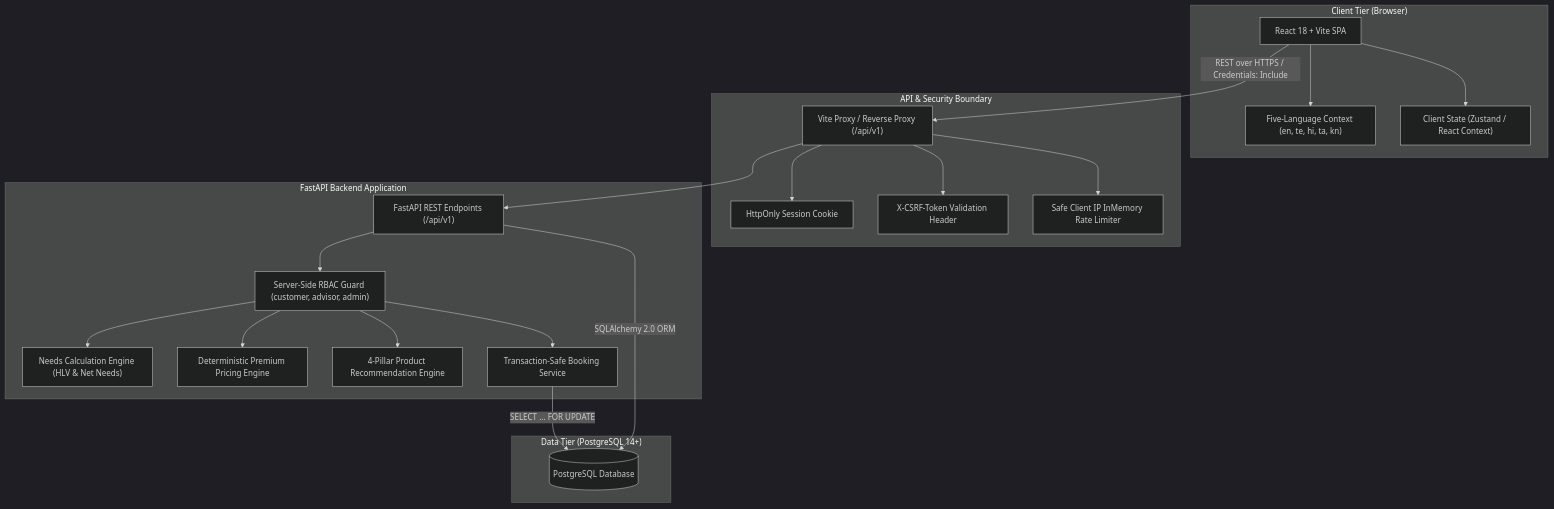
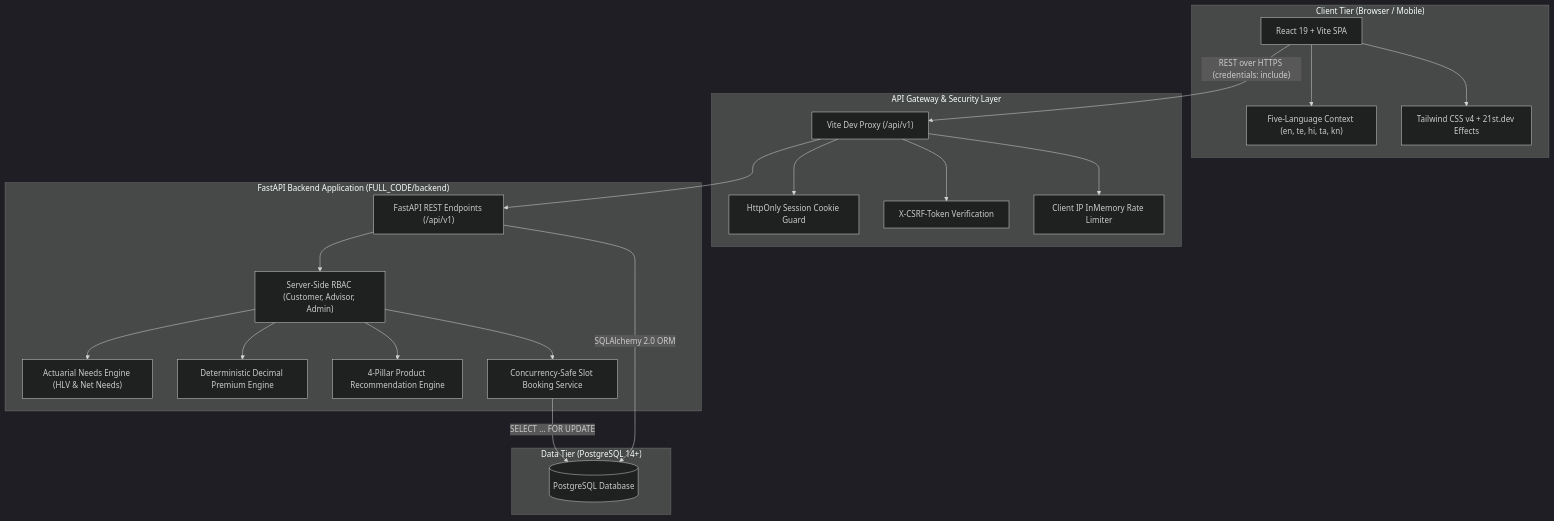
One commit to SAI-GANESH-K/Talent_AP changed the diagram in README.md. Above: the diagram before and after it, drawn with Mermaid (dark theme). The commit also changed other lines of this file and 5 other files, not shown here.

````diff
--- a/README.md
+++ b/README.md
@@ -66,44 +190,44 @@
 ```mermaid
 flowchart TD
-    subgraph Client["Client Tier (Browser)"]
-        UI["React 18 + Vite SPA"]
+    subgraph Client["Client Tier (Browser / Mobile)"]
+        UI["React 19 + Vite SPA"]
         I18N["Five-Language Context (en, te, hi, ta, kn)"]
-        Store["Client State (Zustand / React Context)"]
+        UI_Components["Tailwind CSS v4 + 21st.dev Effects"]
         UI --> I18N
-        UI --> Store
+        UI --> UI_Components
     end
 
-    subgraph Gateway["API & Security Boundary"]
-        Proxy["Vite Proxy / Reverse Proxy (/api/v1)"]
-        CookieAuth["HttpOnly Session Cookie"]
-        CSRF["X-CSRF-Token Validation Header"]
-        RateLimit["Safe Client IP InMemory Rate Limiter"]
+    subgraph Security["API Gateway & Security Layer"]
+        Proxy["Vite Dev Proxy (/api/v1)"]
+        CookieAuth["HttpOnly Session Cookie Guard"]
+        CSRF["X-CSRF-Token Verification"]
+        RateLimit["Client IP InMemory Rate Limiter"]
         Proxy --> CookieAuth
         Proxy --> CSRF
         Proxy --> RateLimit
     end
 
-    subgraph Server["FastAPI Backend Application"]
+    subgraph Server["FastAPI Backend Application (FULL_CODE/backend)"]
         Router["FastAPI REST Endpoints (/api/v1)"]
-        RBAC["Server-Side RBAC Guard (customer, advisor, admin)"]
-        NeedsEngine["Needs Calculation Engine (HLV & Net Needs)"]
-        PricingEngine["Deterministic Premium Pricing Engine"]
+        RBAC["Server-Side RBAC (Customer, Advisor, Admin)"]
+        NeedsEngine["Actuarial Needs Engine (HLV & Net Needs)"]
+        PricingEngine["Deterministic Decimal Premium Engine"]
         RecEngine["4-Pillar Product Recommendation Engine"]
-        BookingService["Transaction-Safe Booking Service"]
-        
+        BookingService["Concurrency-Safe Slot Booking Service"]
+
         Router --> RBAC
         RBAC --> NeedsEngine
         RBAC --> PricingEngine
         RBAC --> RecEngine
         RBAC --> BookingService
     end
 
     subgraph Database["Data Tier (PostgreSQL 14+)"]
         PG[(PostgreSQL Database)]
         BookingService -- "SELECT ... FOR UPDATE" --> PG
         Router -- "SQLAlchemy 2.0 ORM" --> PG
     end
 
-    UI -- "REST over HTTPS / Credentials: Include" --> Proxy
+    UI -- "REST over HTTPS (credentials: include)" --> Proxy
     Proxy --> Router
 ```
````
